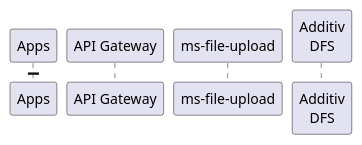
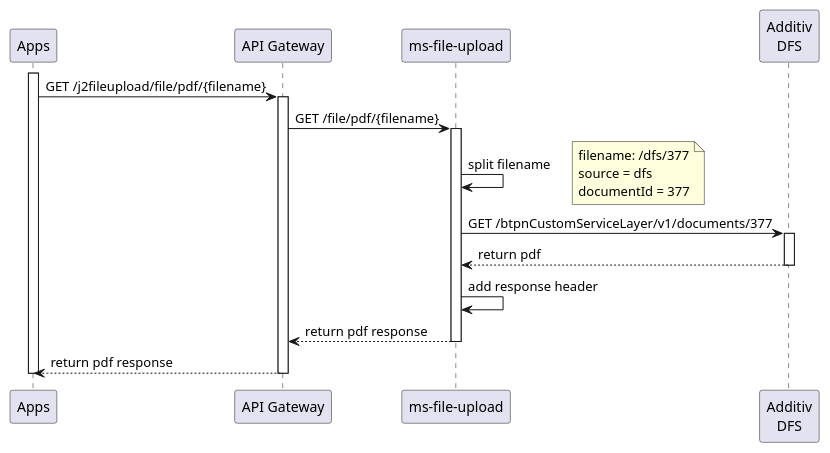
One commit to iksena/jenius-uml changed the diagram in jeniusDfs/jenius_getPDF.puml. Above: the diagram before and after it, drawn with PlantUML. The commit also changed 8 other files, not shown here.

```diff
--- a/jeniusDfs/jenius_getPDF.puml
+++ b/jeniusDfs/jenius_getPDF.puml
@@ -1,10 +1,28 @@
-@startuml edit portfolios
+@startuml download pdf
 participant "Apps" as app
-participant "API Gateway" as gql
+participant "API Gateway" as apigw
 participant "ms-file-upload" as ms
 participant "Additiv\nDFS" as dfs
 
 activate app
-
+app -> apigw: GET /j2fileupload/file/pdf/{filename}
+activate apigw
+apigw -> ms: GET /file/pdf/{filename}
+activate ms
+ms -> ms: split filename
+note right
+filename: /dfs/377
+source = dfs
+documentId = 377
+end note
+ms -> dfs: GET /btpnCustomServiceLayer/v1/documents/377
+activate dfs
+dfs --> ms: return pdf
+deactivate dfs
+ms -> ms: add response header
+ms --> apigw: return pdf response
+deactivate ms
+apigw --> app: return pdf response
+deactivate apigw
 deactivate app
 @enduml
```
